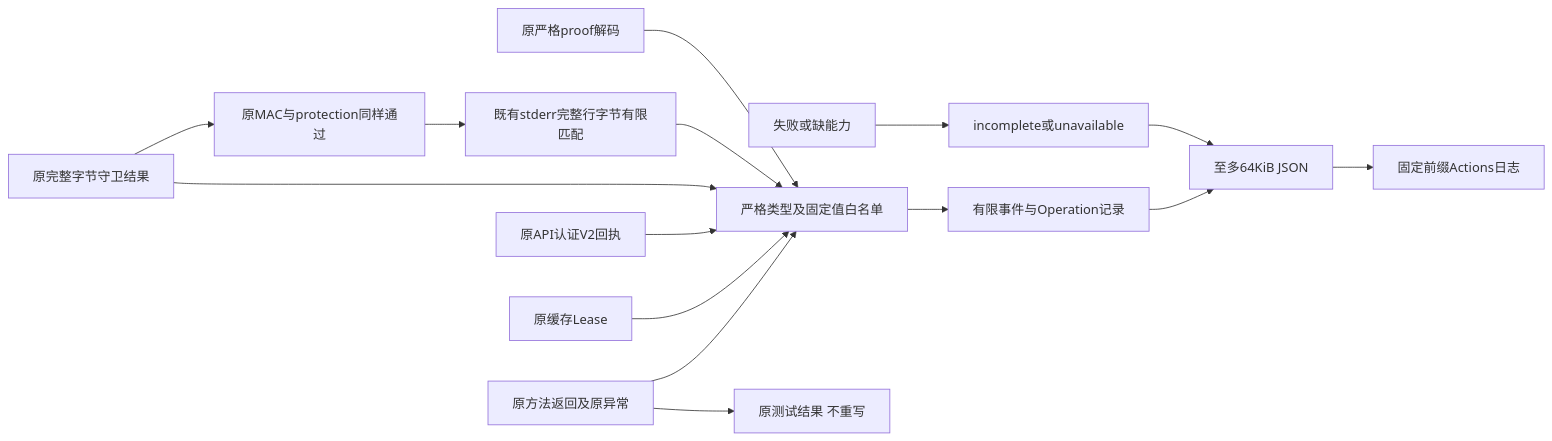
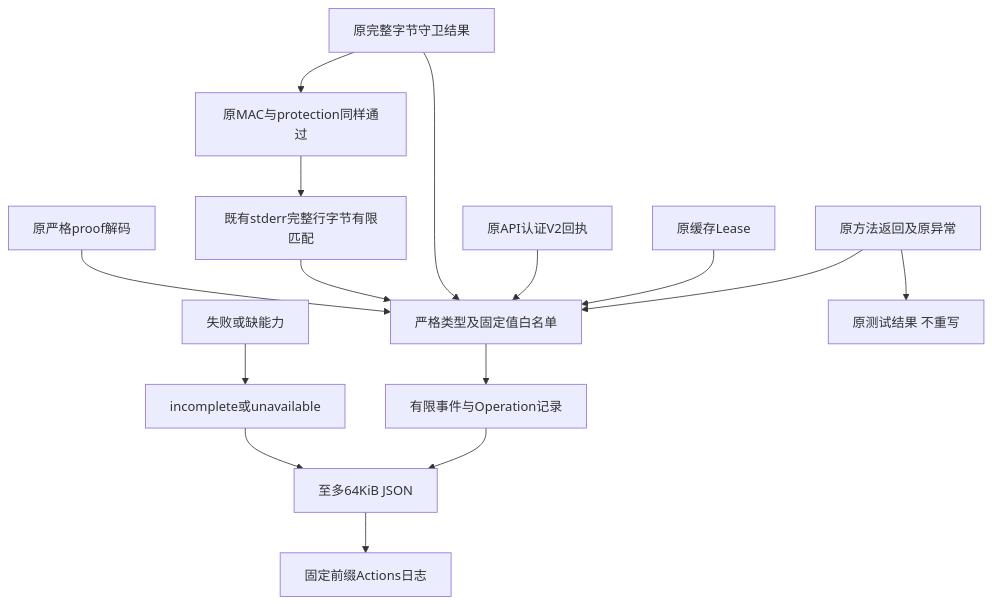
The fourth of 4 diagrams in docs/changes/m09-r4-windows-minimum-commit-probe.md (carrie1988/Harnessix), drawn with Mermaid before and after one commit. The commit also changed other lines of this file and 18 other files, not shown here.

````diff
--- a/docs/changes/m09-r4-windows-minimum-commit-probe.md
+++ b/docs/changes/m09-r4-windows-minimum-commit-probe.md
@@ -174,17 +175,17 @@
 ```mermaid
-flowchart LR
+flowchart TB
   Original[原方法返回及原异常] --> Select[严格类型及固定值白名单]
   Cached[原缓存Lease] --> Select
   Receipt[原API认证V2回执] --> Select
   Raw[原完整字节守卫结果] --> Select
   Raw --> Guard[原MAC与protection同样通过]
   Guard --> Signals[既有stderr完整行字节有限匹配]
   Signals --> Select
   Proof[原严格proof解码] --> Select
   Select --> Memory[有限事件与Operation记录]
   Memory --> JSON[至多64KiB JSON]
   JSON --> Log[固定前缀Actions日志]
   Missing[失败或缺能力] --> Flag[incomplete或unavailable]
   Flag --> JSON
   Original --> Outcome[原测试结果 不重写]
 ```
````
